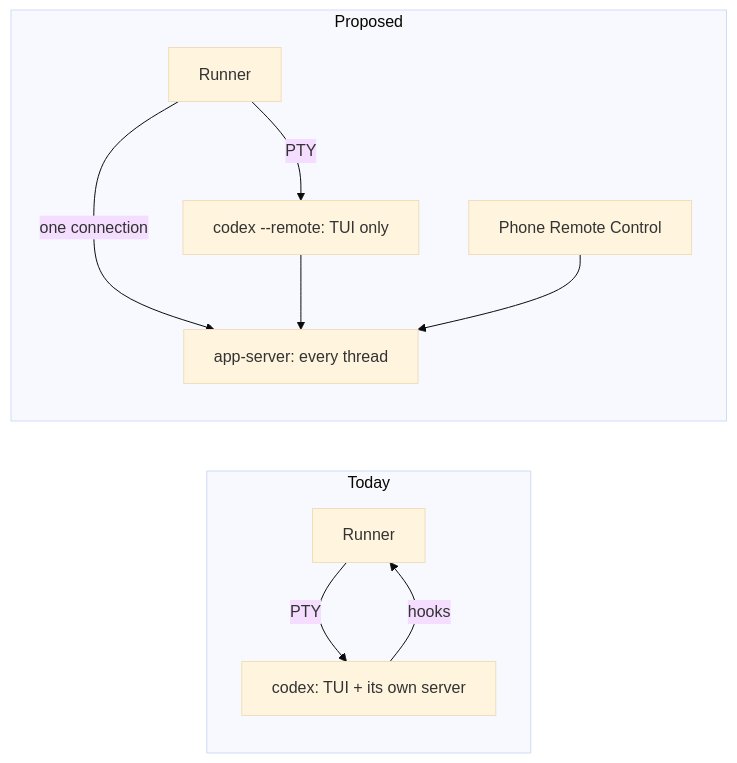
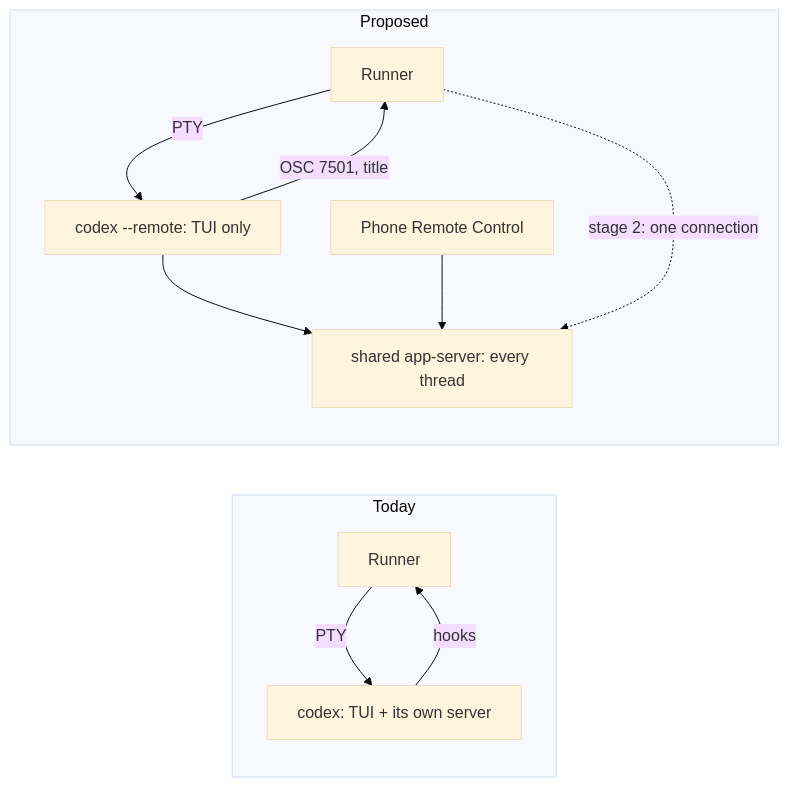
Before and after one commit to yicheng47/runner: the diagram in docs/features/1012-codex-app-server.md, drawn with Mermaid (base theme). The commit also changed other lines of this file, not shown here.

First line of the commit message:
docs(features): split Codex app-server work after the OSC 7501 findings

````diff
--- a/docs/features/1012-codex-app-server.md
+++ b/docs/features/1012-codex-app-server.md
@@ -17,13 +20,14 @@
 ```mermaid
 flowchart LR
     subgraph Today
         R1[Runner] -->|PTY| T1["codex: TUI + its own server"]
         T1 -->|hooks| R1
     end
     subgraph Proposed
         R2[Runner] -->|PTY| T2["codex --remote: TUI only"]
-        R2 -->|one connection| S[app-server: every thread]
-        T2 --> S
+        T2 -->|OSC 7501, title| R2
+        T2 --> S[shared app-server: every thread]
         P[Phone Remote Control] --> S
+        R2 -.->|stage 2: one connection| S
     end
 ```
````
